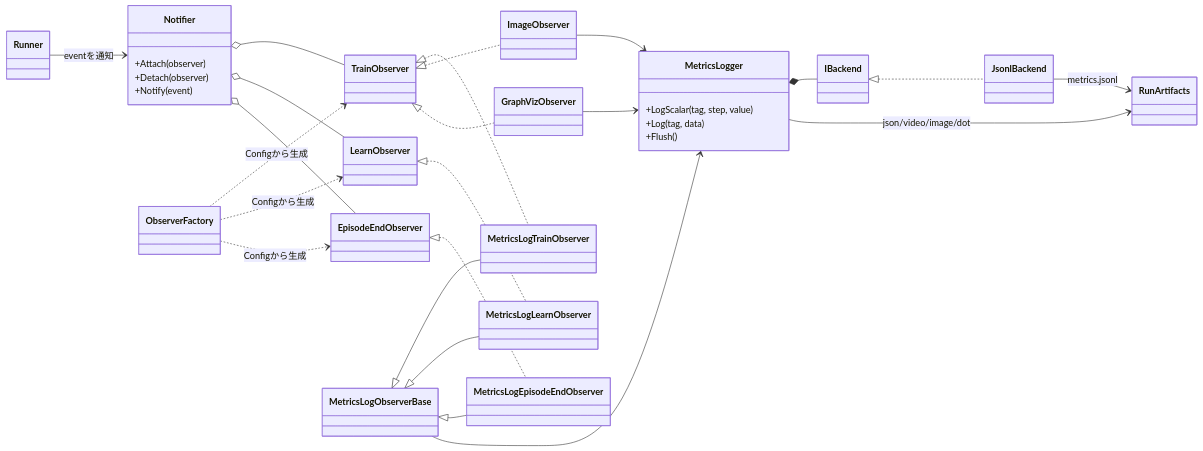
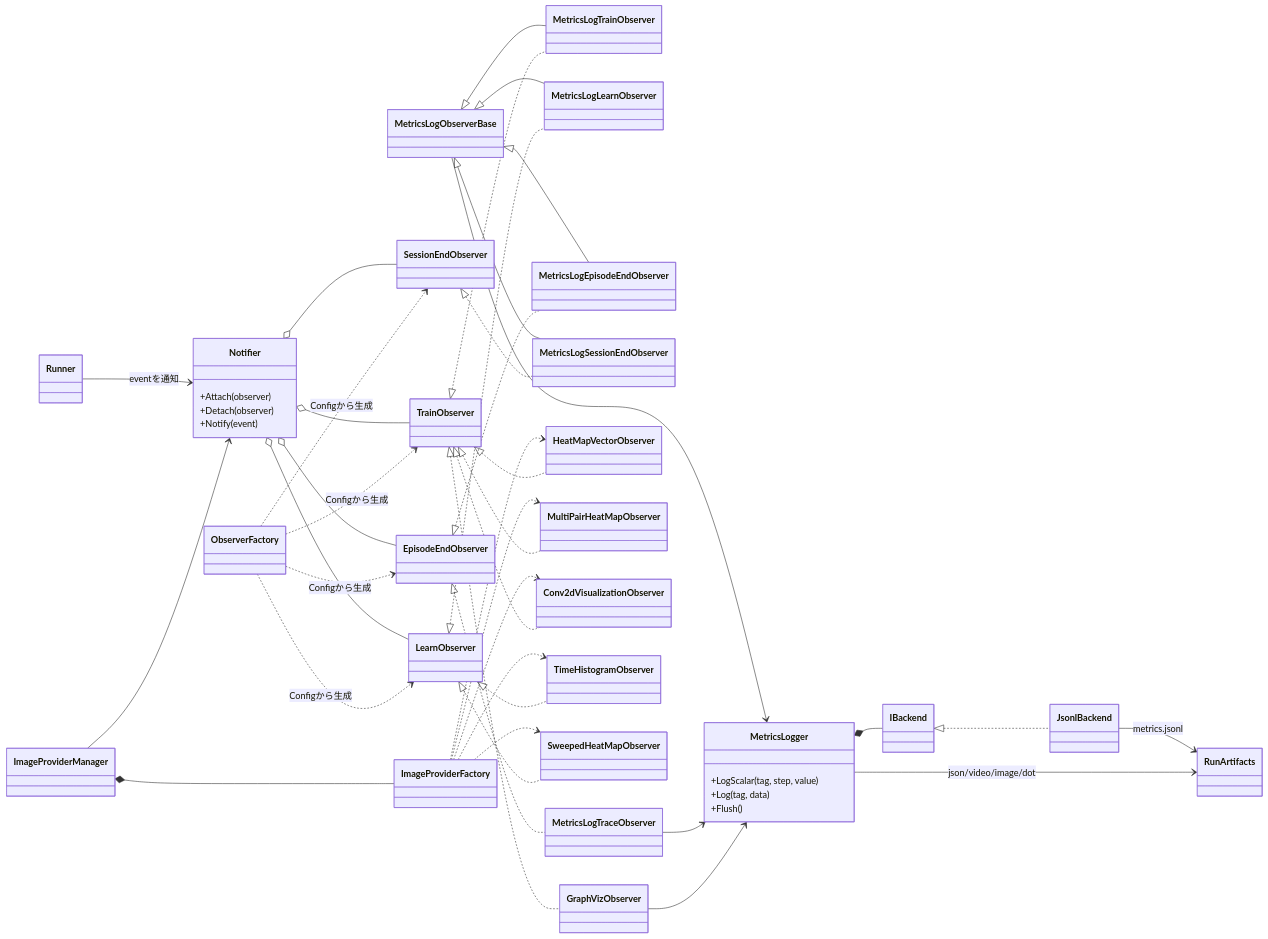
One commit to kazukin123/anet-lab changed the first of 5 diagrams in docs/design/140_observability.en.md. Above: the diagram before and after it, drawn with Mermaid. The commit also changed other lines of this file and 31 other files, not shown here.

````diff
--- a/docs/design/140_observability.en.md
+++ b/docs/design/140_observability.en.md
@@ -63,52 +67,77 @@
 ```mermaid
 classDiagram
 direction LR
 
 class Runner
 class Notifier {
   +Attach(observer)
   +Detach(observer)
   +Notify(event)
 }
 class TrainObserver
 class LearnObserver
 class EpisodeEndObserver
+class SessionEndObserver
 class ObserverFactory
 class MetricsLogObserverBase
 class MetricsLogTrainObserver
 class MetricsLogLearnObserver
 class MetricsLogEpisodeEndObserver
-class ImageObserver
+class MetricsLogSessionEndObserver
+class MetricsLogTraceObserver
+class ImageProviderFactory
+class ImageProviderManager
+class HeatMapVectorObserver
+class MultiPairHeatMapObserver
+class Conv2dVisualizationObserver
+class TimeHistogramObserver
+class SweepedHeatMapObserver
 class GraphVizObserver
 class MetricsLogger {
   +LogScalar(tag, step, value)
   +Log(tag, data)
   +Flush()
 }
 class IBackend
 class JsonlBackend
 class RunArtifacts
 
 Runner --> Notifier : eventを通知
 Notifier o-- TrainObserver
 Notifier o-- LearnObserver
 Notifier o-- EpisodeEndObserver
+Notifier o-- SessionEndObserver
 ObserverFactory ..> TrainObserver : Configから生成
 ObserverFactory ..> LearnObserver : Configから生成
 ObserverFactory ..> EpisodeEndObserver : Configから生成
+ObserverFactory ..> SessionEndObserver : Configから生成
 MetricsLogObserverBase <|-- MetricsLogTrainObserver
 MetricsLogObserverBase <|-- MetricsLogLearnObserver
 MetricsLogObserverBase <|-- MetricsLogEpisodeEndObserver
+MetricsLogObserverBase <|-- MetricsLogSessionEndObserver
 TrainObserver <|.. MetricsLogTrainObserver
 LearnObserver <|.. MetricsLogLearnObserver
 EpisodeEndObserver <|.. MetricsLogEpisodeEndObserver
-TrainObserver <|.. ImageObserver
+SessionEndObserver <|.. MetricsLogSessionEndObserver
+EpisodeEndObserver <|.. MetricsLogTraceObserver
+ImageProviderManager *-- ImageProviderFactory
+ImageProviderManager --> Notifier
+ImageProviderFactory ..> HeatMapVectorObserver
+ImageProviderFactory ..> MultiPairHeatMapObserver
+ImageProviderFactory ..> Conv2dVisualizationObserver
+ImageProviderFactory ..> TimeHistogramObserver
+ImageProviderFactory ..> SweepedHeatMapObserver
+TrainObserver <|.. HeatMapVectorObserver
+TrainObserver <|.. MultiPairHeatMapObserver
+TrainObserver <|.. Conv2dVisualizationObserver
+LearnObserver <|.. TimeHistogramObserver
+LearnObserver <|.. SweepedHeatMapObserver
 TrainObserver <|.. GraphVizObserver
 MetricsLogObserverBase --> MetricsLogger
-ImageObserver --> MetricsLogger
+MetricsLogTraceObserver --> MetricsLogger
 GraphVizObserver --> MetricsLogger
 MetricsLogger *-- IBackend
 IBackend <|.. JsonlBackend
 JsonlBackend --> RunArtifacts : metrics.jsonl
 MetricsLogger --> RunArtifacts : json/video/image/dot
 ```
````
